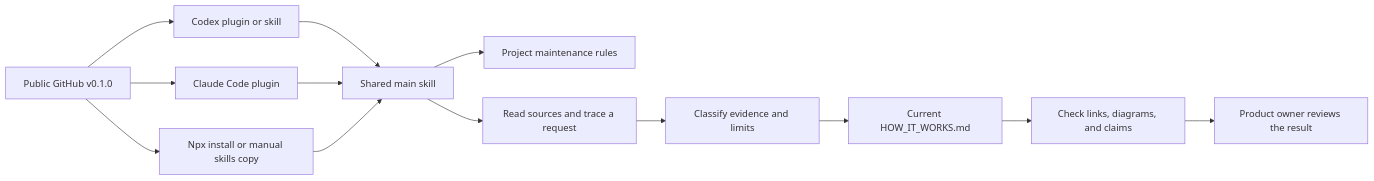
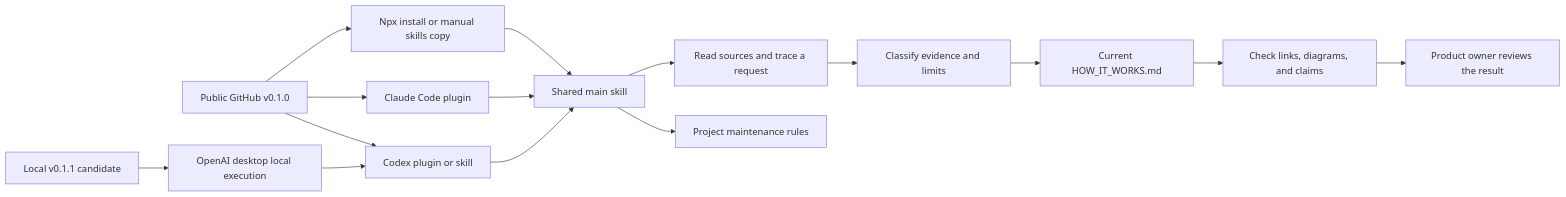
The first of 3 diagrams in HOW_IT_WORKS.md (joevilcai666/how-it-works-skill), drawn with Mermaid before and after one commit. The commit also changed other lines of this file and 15 other files, not shown here.

Commit message:
fix: declare desktop-only plugin execution

````diff
--- a/HOW_IT_WORKS.md
+++ b/HOW_IT_WORKS.md
@@ -29,15 +32,17 @@
 ```mermaid
 flowchart LR
   G[Public GitHub v0.1.0] --> A
   G --> B
   G --> C
+  L[Local v0.1.1 candidate] --> X[OpenAI desktop local execution]
+  X --> A
   A[Codex plugin or skill] --> S[Shared main skill]
   B[Claude Code plugin] --> S
   C[Npx install or manual skills copy] --> S
   S --> U[Project maintenance rules]
   S --> R[Read sources and trace a request]
   R --> E[Classify evidence and limits]
   E --> D[Current HOW_IT_WORKS.md]
   D --> V[Check links, diagrams, and claims]
   V --> P[Product owner reviews the result]
 ```
````
